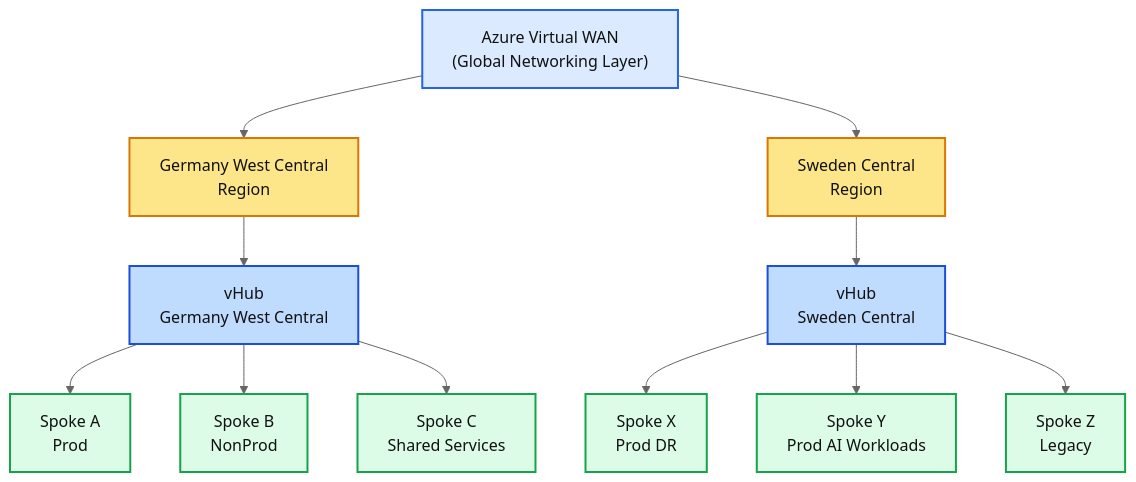
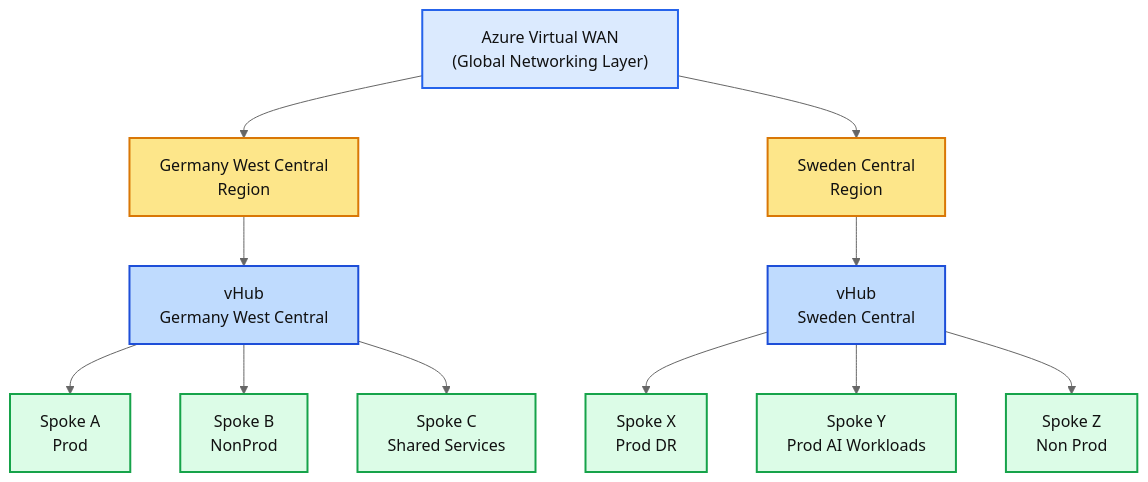
The diagram in azure-vwan.md (magnum31415/wiki), drawn with Mermaid (neutral theme) before and after one commit. The commit also changed other lines of this file, not shown here.

`````diff
--- a/azure-vwan.md
+++ b/azure-vwan.md
@@ -38,59 +5,59 @@
 ````mermaid
 flowchart TB
 
 %% =========================
 %% Styles
 %% =========================
 classDef wan fill:#dbeafe,stroke:#2563eb,stroke-width:2,color:#111
 classDef region fill:#fde68a,stroke:#d97706,stroke-width:2,color:#111
 classDef hub fill:#bfdbfe,stroke:#1d4ed8,stroke-width:2,color:#111
 classDef spoke fill:#dcfce7,stroke:#16a34a,stroke-width:2,color:#111
 
 %% =========================
 %% Azure Virtual WAN
 %% =========================
 vWAN["Azure Virtual WAN<br/>(Global Networking Layer)"]:::wan
 
 %% =========================
 %% Regions
 %% =========================
 Region1["Germany West Central<br/>Region"]:::region
 Region2["Sweden Central<br/>Region"]:::region
 
 %% =========================
 %% vHubs
 %% =========================
 Hub1["vHub<br/>Germany West Central"]:::hub
 Hub2["vHub<br/>Sweden Central"]:::hub
 
 %% =========================
 %% Spokes Germany
 %% =========================
 SpokeA["Spoke A<br/>Prod"]:::spoke
 SpokeB["Spoke B<br/>NonProd"]:::spoke
 SpokeC["Spoke C<br/>Shared Services"]:::spoke
 
 %% =========================
 %% Spokes Sweden
 %% =========================
 SpokeX["Spoke X<br/>Prod DR"]:::spoke
 SpokeY["Spoke Y<br/>Prod AI Workloads"]:::spoke
-SpokeZ["Spoke Z<br/>Legacy"]:::spoke
+SpokeZ["Spoke Z<br/>Non Prod"]:::spoke
 
 %% =========================
 %% Connections
 %% =========================
 vWAN --> Region1
 vWAN --> Region2
 
 Region1 --> Hub1
 Region2 --> Hub2
 
 Hub1 --> SpokeA
 Hub1 --> SpokeB
 Hub1 --> SpokeC
 
 Hub2 --> SpokeX
 Hub2 --> SpokeY
 Hub2 --> SpokeZ
 ````
`````
